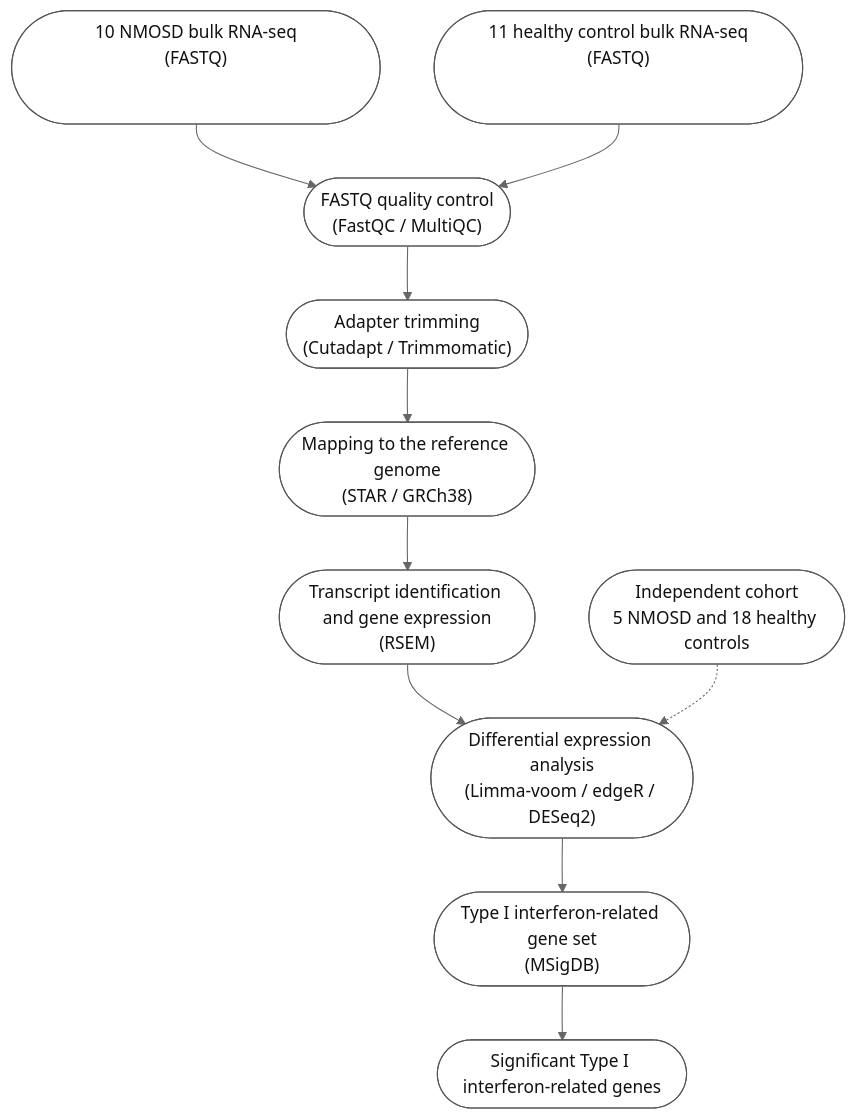
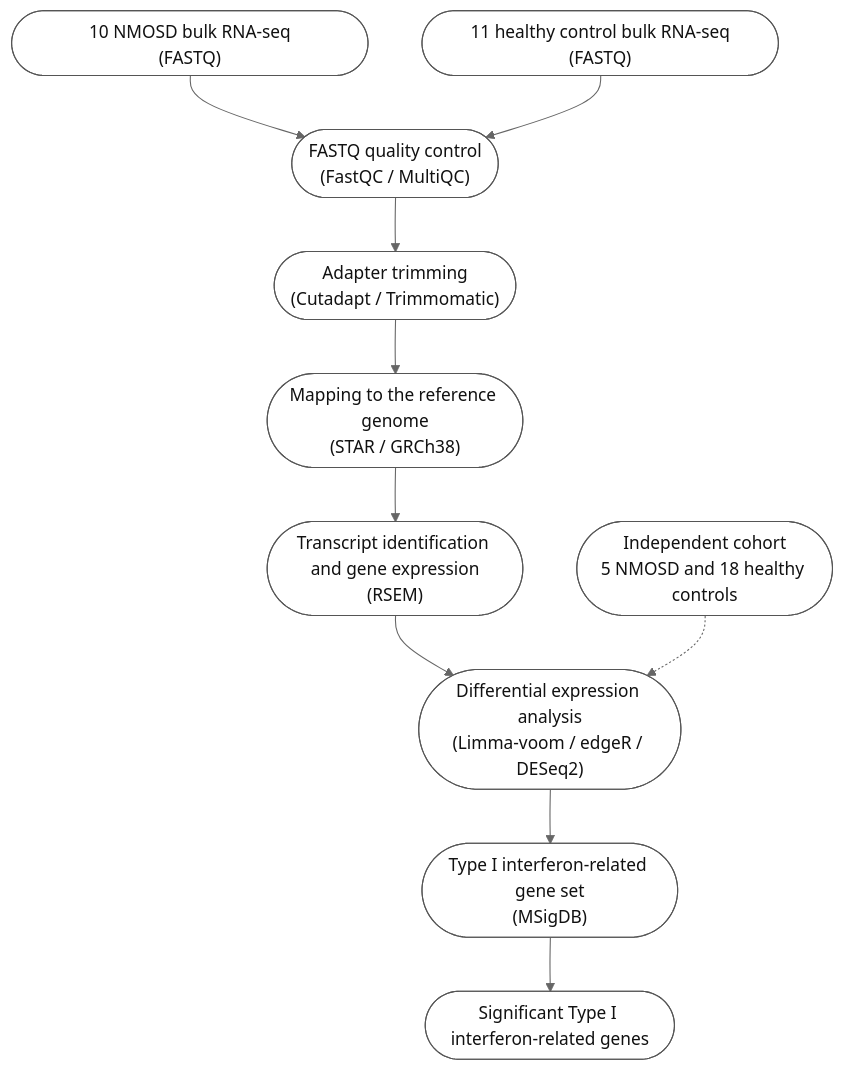
The diagram in README.md (dock0528/NMOSD_RNA_analysis), drawn with Mermaid (neutral theme) before and after one commit.

Commit message:
Reduce workflow box whitespace

````diff
--- a/README.md
+++ b/README.md
@@ -15,21 +15,21 @@
 ```mermaid
 flowchart TD
-    A(["<div style='width:300px;height:90px;text-align:center;'>10 NMOSD bulk RNA-seq<br/>(FASTQ)</div>"])
-    B(["<div style='width:300px;height:90px;text-align:center;'>11 healthy control bulk RNA-seq<br/>(FASTQ)</div>"])
+    A(["<div style='width:300px;height:45px;text-align:center;'>10 NMOSD bulk RNA-seq<br/>(FASTQ)</div>"])
+    B(["<div style='width:300px;height:45px;text-align:center;'>11 healthy control bulk RNA-seq<br/>(FASTQ)</div>"])
     C(["FASTQ quality control<br/>(FastQC / MultiQC)"])
     D(["Adapter trimming<br/>(Cutadapt / Trimmomatic)"])
     E(["Mapping to the reference genome<br/>(STAR / GRCh38)"])
     F(["Transcript identification and gene expression<br/>(RSEM)"])
     G(["Independent cohort<br/>5 NMOSD and 18 healthy controls"])
     H(["Differential expression analysis<br/>(Limma-voom / edgeR / DESeq2)"])
     I(["Type I interferon-related gene set<br/>(MSigDB)"])
     J(["Significant Type I interferon-related genes"])
 
     A --> C
     B --> C
     C --> D --> E --> F --> H --> I --> J
     G -.-> H
 
     classDef normal fill:#ffffff,stroke:#555555,stroke-width:1px,color:#111111,font-weight:normal;
     class A,B,C,D,E,F,G,H,I,J normal;
 ```
````
